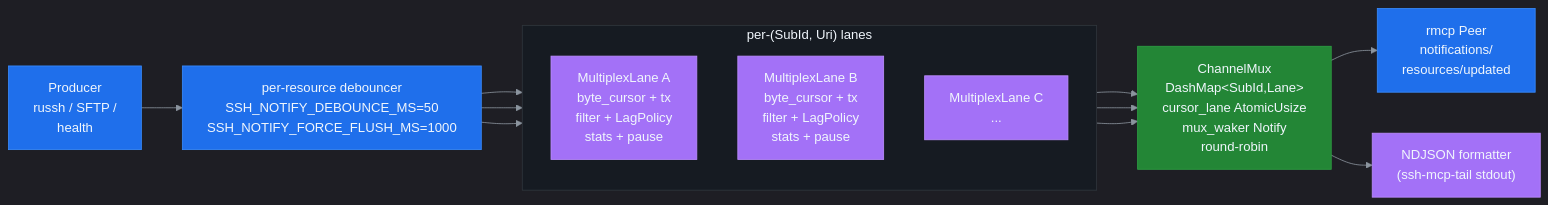
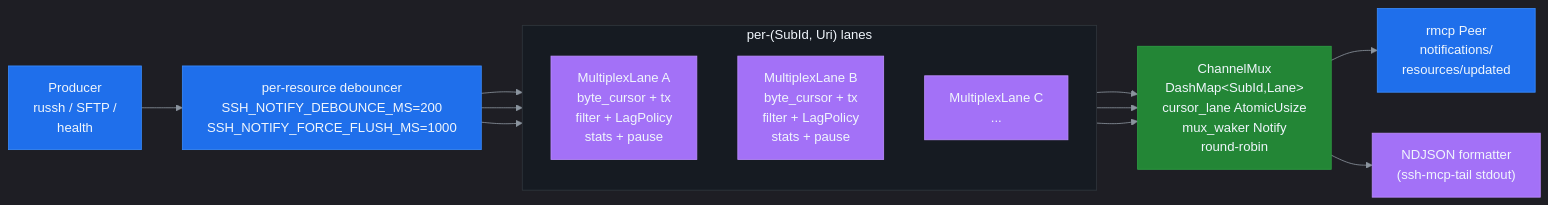
Before and after one commit to farchanjo/ssh-mcp: the fourth of 7 diagrams in docs/ARCHITECTURE.md, drawn with Mermaid. The commit also changed other lines of this file and 12 other files, not shown here.

First line of the commit message:
fix(notify): bump default SSH_NOTIFY_DEBOUNCE_MS from 50 to 200

````diff
--- a/docs/ARCHITECTURE.md
+++ b/docs/ARCHITECTURE.md
@@ -375,37 +375,37 @@
 ```mermaid
 %%{init: {'theme':'dark','themeVariables':{'primaryColor':'#1f6feb','primaryTextColor':'#f0f6fc','primaryBorderColor':'#388bfd','lineColor':'#8b949e','secondaryColor':'#161b22','tertiaryColor':'#21262d','background':'#0d1117','mainBkg':'#161b22','secondBkg':'#21262d','tertiaryBkg':'#0d1117','nodeTextColor':'#f0f6fc','edgeLabelBackground':'#21262d','clusterBkg':'#161b22','clusterBorder':'#30363d','titleColor':'#f0f6fc'}}}%%
 flowchart LR
     Prod["Producer<br/>russh / SFTP /<br/>health"]
-    Deb["per-resource debouncer<br/>SSH_NOTIFY_DEBOUNCE_MS=50<br/>SSH_NOTIFY_FORCE_FLUSH_MS=1000"]
+    Deb["per-resource debouncer<br/>SSH_NOTIFY_DEBOUNCE_MS=200<br/>SSH_NOTIFY_FORCE_FLUSH_MS=1000"]
 
     subgraph LANES["per-(SubId, Uri) lanes"]
         direction TB
         L1["MultiplexLane A<br/>byte_cursor + tx<br/>filter + LagPolicy<br/>stats + pause"]
         L2["MultiplexLane B<br/>byte_cursor + tx<br/>filter + LagPolicy<br/>stats + pause"]
         L3["MultiplexLane C<br/>..."]
     end
 
     Mux["ChannelMux<br/>DashMap&lt;SubId,Lane&gt;<br/>cursor_lane AtomicUsize<br/>mux_waker Notify<br/>round-robin"]
     OutA["rmcp Peer<br/>notifications/<br/>resources/updated"]
     OutB["NDJSON formatter<br/>(ssh-mcp-tail stdout)"]
 
     Prod --> Deb
     Deb --> L1
     Deb --> L2
     Deb --> L3
     L1 --> Mux
     L2 --> Mux
     L3 --> Mux
     Mux --> OutA
     Mux --> OutB
 
     style Prod fill:#1f6feb,color:#f0f6fc,stroke:#388bfd
     style Deb fill:#1f6feb,color:#f0f6fc,stroke:#388bfd
     style L1 fill:#a371f7,color:#f0f6fc,stroke:#bc8cff
     style L2 fill:#a371f7,color:#f0f6fc,stroke:#bc8cff
     style L3 fill:#a371f7,color:#f0f6fc,stroke:#bc8cff
     style Mux fill:#238636,color:#f0f6fc,stroke:#2ea043
     style OutA fill:#1f6feb,color:#f0f6fc,stroke:#388bfd
     style OutB fill:#a371f7,color:#f0f6fc,stroke:#bc8cff
     style LANES fill:#161b22,color:#f0f6fc,stroke:#30363d
 ```
````
